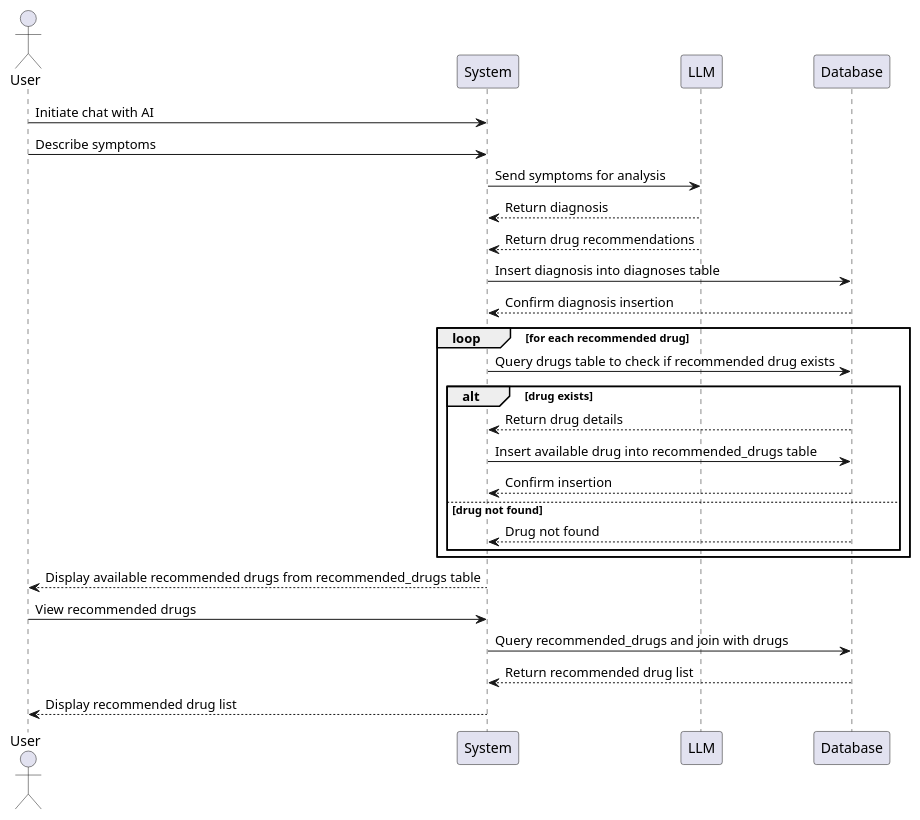
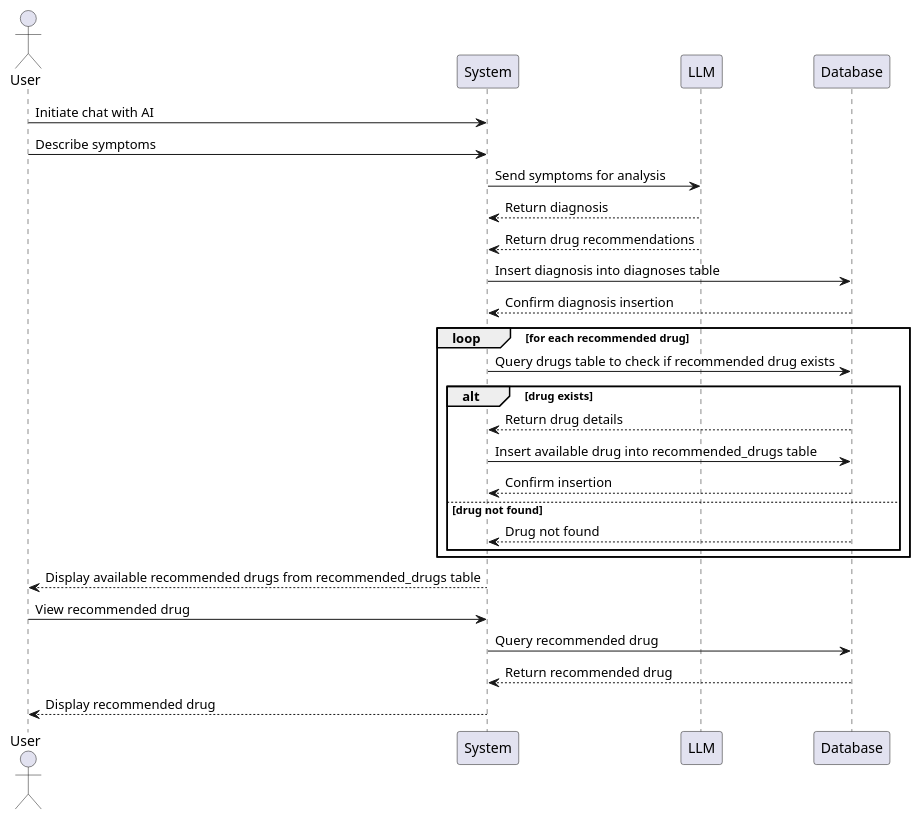
The diagram in Documents/Diagrams/Sequence/chat-ai-sequence.wsd (Aliefhasyani/Halobat), drawn with PlantUML before and after one commit. The commit also changed 2 other files, not shown here.

Commit message:
WIP: Sequence and Usecase changed

```diff
--- a/Documents/Diagrams/Sequence/chat-ai-sequence.wsd
+++ b/Documents/Diagrams/Sequence/chat-ai-sequence.wsd
@@ -1,30 +1,30 @@
 @startuml Chat AI Sequence
 actor User
 participant System
 participant LLM
 participant Database
 
 User -> System: Initiate chat with AI
 User -> System: Describe symptoms
 System -> LLM: Send symptoms for analysis
 LLM --> System: Return diagnosis
 LLM --> System: Return drug recommendations
 System -> Database: Insert diagnosis into diagnoses table
 Database --> System: Confirm diagnosis insertion
 loop for each recommended drug
     System -> Database: Query drugs table to check if recommended drug exists
     alt drug exists
         Database --> System: Return drug details
         System -> Database: Insert available drug into recommended_drugs table
         Database --> System: Confirm insertion
     else drug not found
         Database --> System: Drug not found
     end
 end
 System --> User: Display available recommended drugs from recommended_drugs table
 
-User -> System: View recommended drugs
-System -> Database: Query recommended_drugs and join with drugs
-Database --> System: Return recommended drug list
-System --> User: Display recommended drug list
+User -> System: View recommended drug
+System -> Database: Query recommended drug
+Database --> System: Return recommended drug
+System --> User: Display recommended drug
 @enduml
```
